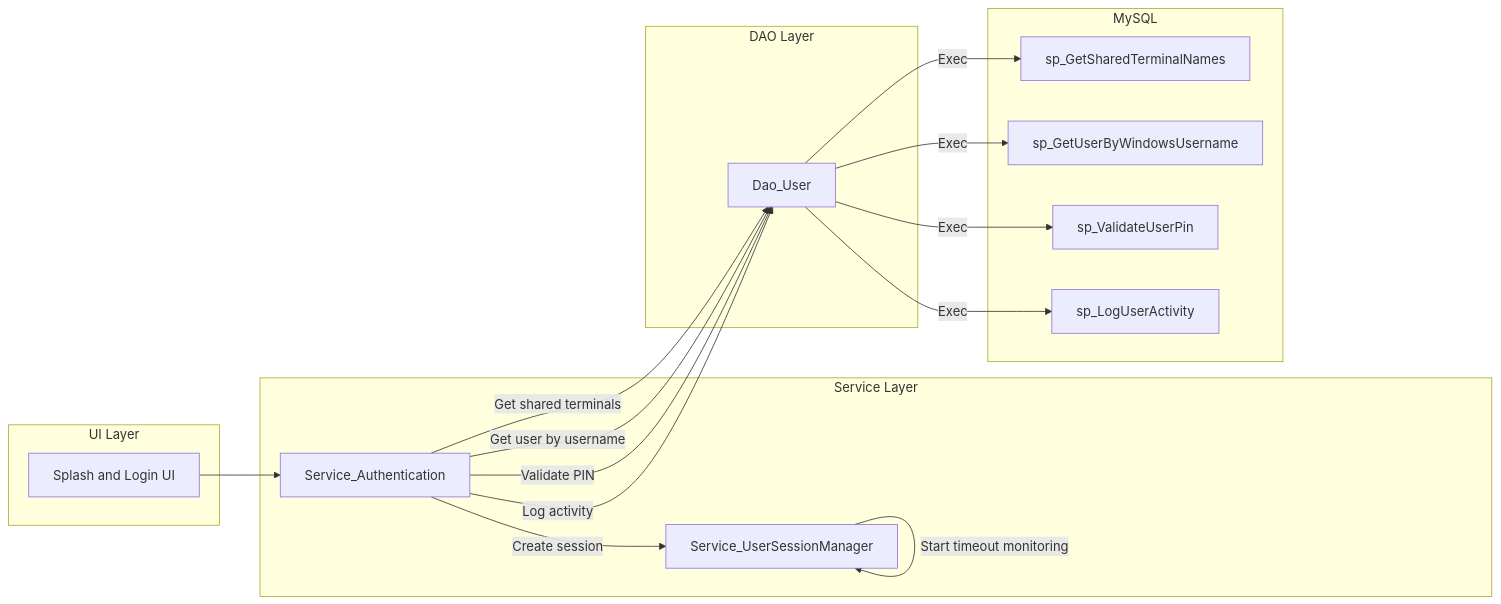
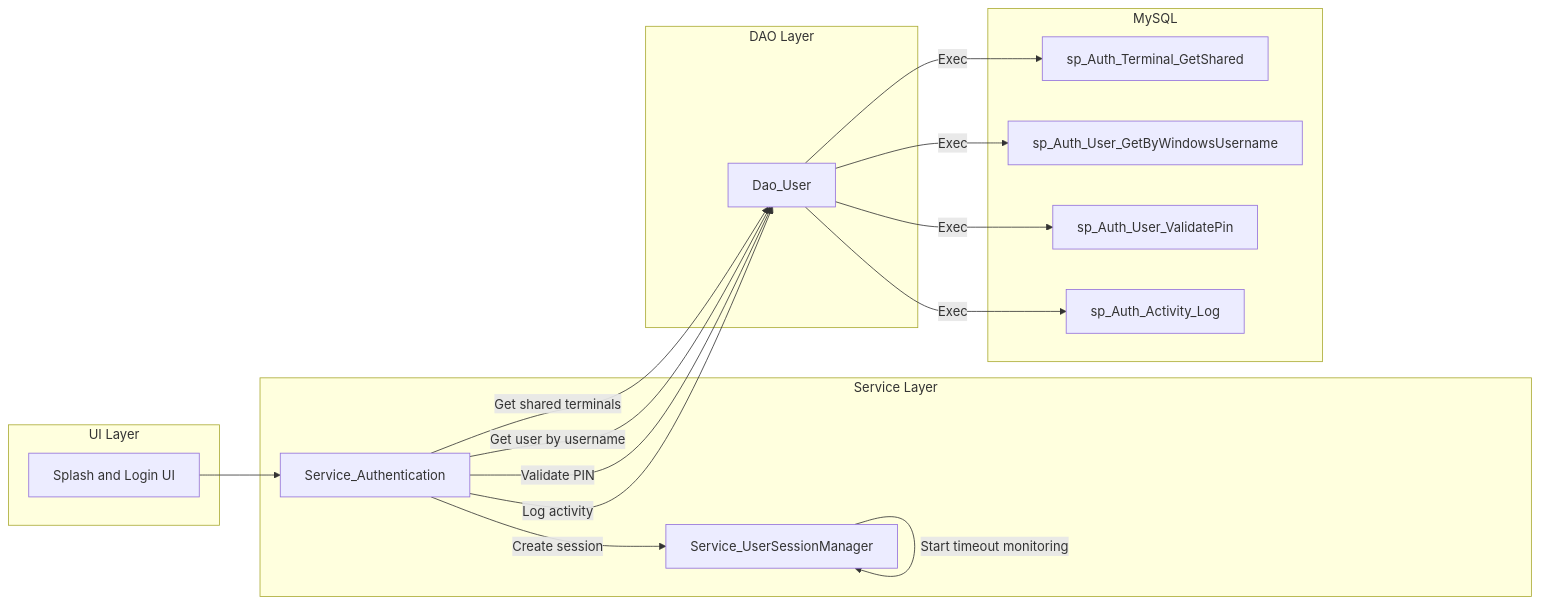
Before and after one commit to JDKoll1982/MTM_Receiving_Application: the first of 2 diagrams in _bmad/_memory/docent-sidecar/knowledge/Module_Core.md, drawn with Mermaid. The commit also changed other lines of this file and 448 other files, not shown here.

````diff
--- a/_bmad/_memory/docent-sidecar/knowledge/Module_Core.md
+++ b/_bmad/_memory/docent-sidecar/knowledge/Module_Core.md
@@ -133,32 +133,32 @@
 ```mermaid
 flowchart LR
   subgraph UI[UI Layer]
     Splash[Splash and Login UI]
   end
 
   subgraph SVC[Service Layer]
     AuthSVC[Service_Authentication]
     SessSVC[Service_UserSessionManager]
   end
 
   subgraph DAO[DAO Layer]
     UserDAO[Dao_User]
   end
 
   subgraph DB[MySQL]
-    SP_Shared[sp_GetSharedTerminalNames]
-    SP_GetUser[sp_GetUserByWindowsUsername]
-    SP_ValidatePin[sp_ValidateUserPin]
-    SP_Log[sp_LogUserActivity]
+    SP_Shared[sp_Auth_Terminal_GetShared]
+    SP_GetUser[sp_Auth_User_GetByWindowsUsername]
+    SP_ValidatePin[sp_Auth_User_ValidatePin]
+    SP_Log[sp_Auth_Activity_Log]
   end
 
   Splash --> AuthSVC
 
   AuthSVC -->|Get shared terminals| UserDAO -->|Exec| SP_Shared
   AuthSVC -->|Get user by username| UserDAO -->|Exec| SP_GetUser
   AuthSVC -->|Validate PIN| UserDAO -->|Exec| SP_ValidatePin
   AuthSVC -->|Log activity| UserDAO -->|Exec| SP_Log
 
   AuthSVC -->|Create session| SessSVC
   SessSVC -->|Start timeout monitoring| SessSVC
 ```
````
